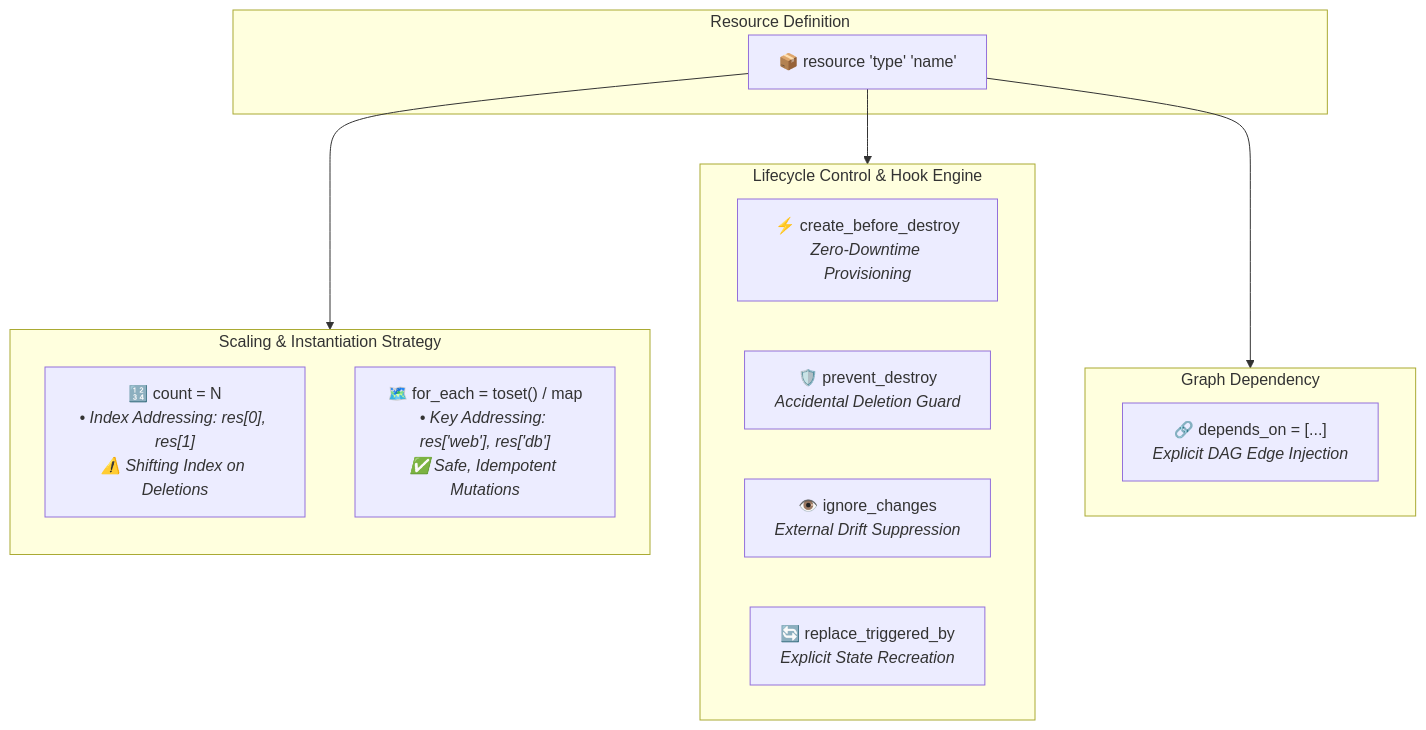
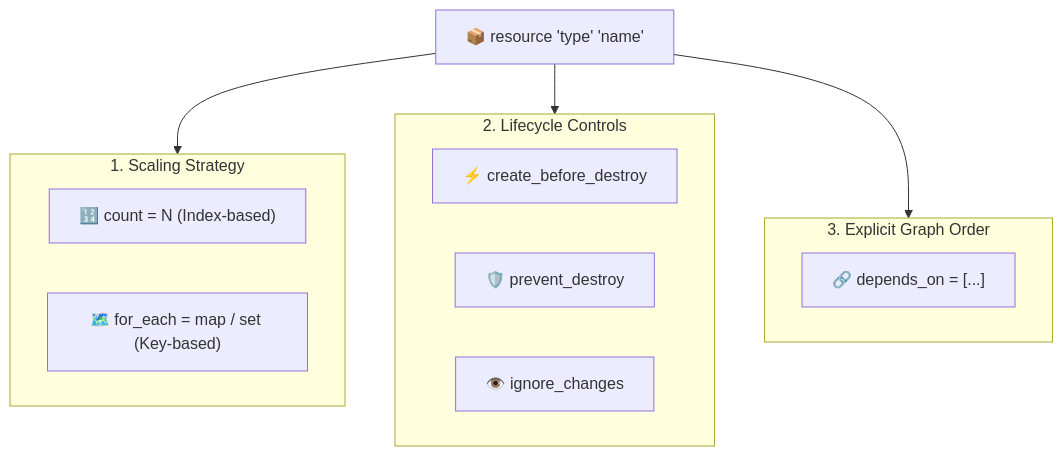
One commit to dnf0/terralings changed the diagram in docs/guides/05-meta-arguments.md. Above: the diagram before and after it, drawn with Mermaid. The commit also changed other lines of this file and 18 other files, not shown here.

First line of the commit message:
docs(guides): simplify mermaid diagrams and add conceptual breakdowns (#24)

````diff
--- a/docs/guides/05-meta-arguments.md
+++ b/docs/guides/05-meta-arguments.md
@@ -17,27 +17,23 @@
 ```mermaid
 flowchart TD
-    subgraph ResourceBlock["Resource Definition"]
-        Decl["📦 resource 'type' 'name'"]
+    Resource["📦 resource 'type' 'name'"]
+
+    subgraph Scaling["1. Scaling Strategy"]
+        Count["🔢 count = N (Index-based)"]
+        ForEach["🗺️ for_each = map / set (Key-based)"]
     end
 
-    subgraph ScalingStrategies["Scaling & Instantiation Strategy"]
-        direction TB
-        CountNode["🔢 count = N<br/><i>• Index Addressing: res[0], res[1]<br/>⚠️ Shifting Index on Deletions</i>"]
-        ForEachNode["🗺️ for_each = toset() / map<br/><i>• Key Addressing: res['web'], res['db']<br/>✅ Safe, Idempotent Mutations</i>"]
+    subgraph Lifecycle["2. Lifecycle Controls"]
+        CBD["⚡ create_before_destroy"]
+        PD["🛡️ prevent_destroy"]
+        IC["👁️ ignore_changes"]
     end
 
-    subgraph LifecycleEngine["Lifecycle Control & Hook Engine"]
-        CBD["⚡ create_before_destroy<br/><i>Zero-Downtime Provisioning</i>"]
-        PD["🛡️ prevent_destroy<br/><i>Accidental Deletion Guard</i>"]
-        IC["👁️ ignore_changes<br/><i>External Drift Suppression</i>"]
-        RTB["🔄 replace_triggered_by<br/><i>Explicit State Recreation</i>"]
+    subgraph Dependency["3. Explicit Graph Order"]
+        DO["🔗 depends_on = [...]"]
     end
 
-    subgraph DAGOrder["Graph Dependency"]
-        DO["🔗 depends_on = [...]<br/><i>Explicit DAG Edge Injection</i>"]
-    end
-
-    Decl --> ScalingStrategies
-    Decl --> LifecycleEngine
-    Decl --> DAGOrder
+    Resource --> Scaling
+    Resource --> Lifecycle
+    Resource --> Dependency
 ```
````
